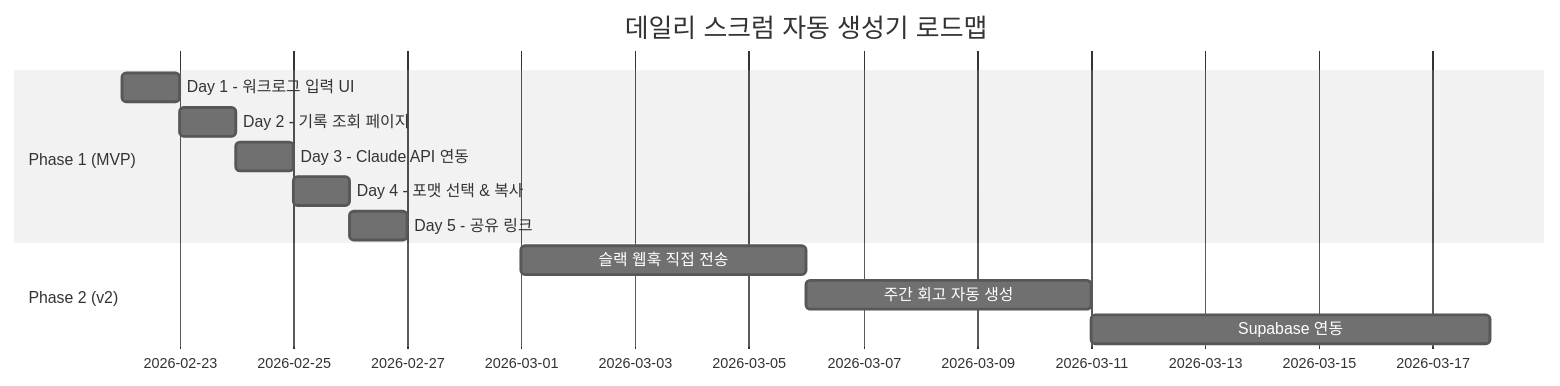
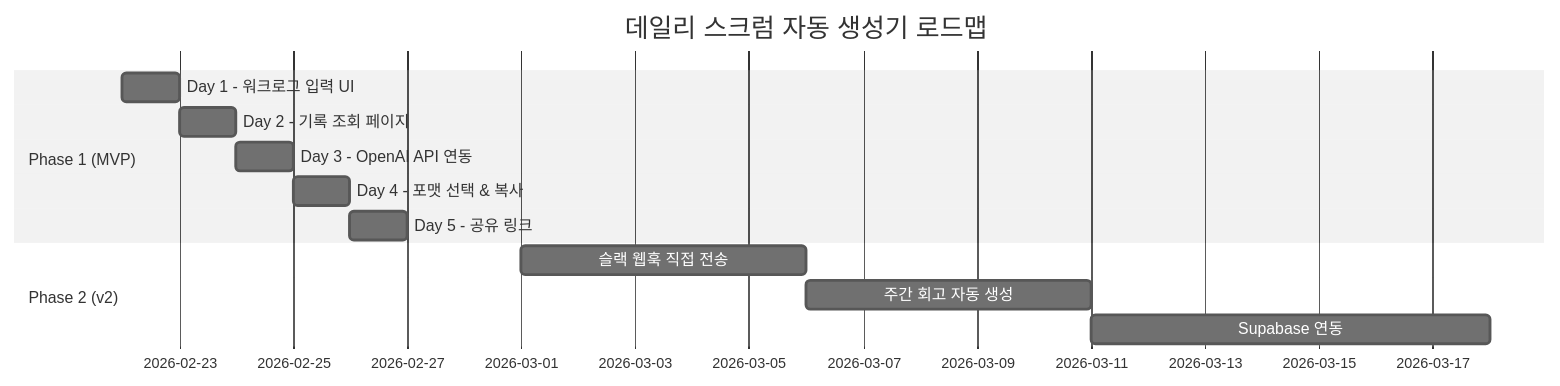
Before and after one commit to hyenicall/daily-scrum: the first of 2 diagrams in docs/ROADMAP.md, drawn with Mermaid (neutral theme). The commit also changed other lines of this file, not shown here.

First line of the commit message:
📝 docs: ROADMAP.md OpenAI API 및 Playwright MCP 테스트 기준 반영

````diff
--- a/docs/ROADMAP.md
+++ b/docs/ROADMAP.md
@@ -36,15 +36,15 @@
 ```mermaid
 gantt
   title 데일리 스크럼 자동 생성기 로드맵
   dateFormat YYYY-MM-DD
   section Phase 1 (MVP)
   Day 1 - 워크로그 입력 UI    :d1, 2026-02-22, 1d
   Day 2 - 기록 조회 페이지    :d2, after d1, 1d
-  Day 3 - Claude API 연동     :d3, after d2, 1d
+  Day 3 - OpenAI API 연동     :d3, after d2, 1d
   Day 4 - 포맷 선택 & 복사   :d4, after d3, 1d
   Day 5 - 공유 링크           :d5, after d4, 1d
   section Phase 2 (v2)
   슬랙 웹훅 직접 전송         :2026-03-01, 5d
   주간 회고 자동 생성         :2026-03-06, 5d
   Supabase 연동               :2026-03-11, 7d
 ```
````
